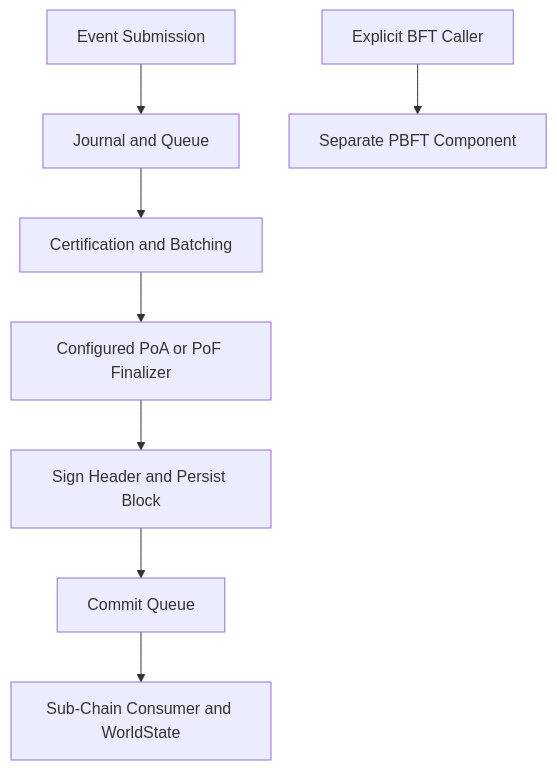
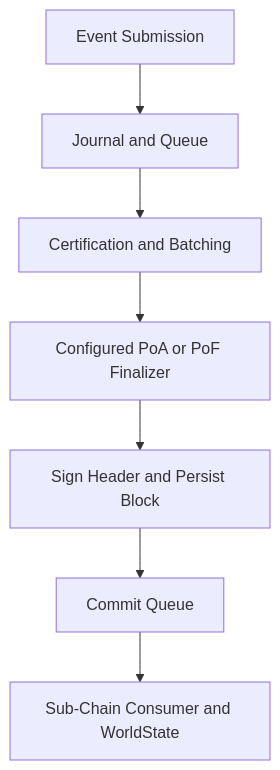
One commit to VanDung-dev/HieraChain changed the diagram in docs/en/modules/consensus.md. Above: the diagram before and after it, drawn with Mermaid. The commit also changed other lines of this file and 105 other files, not shown here.

````diff
--- a/docs/en/modules/consensus.md
+++ b/docs/en/modules/consensus.md
@@ -26,10 +25,9 @@
 ```mermaid
 graph TD
     A[Event Submission] --> B[Journal and Queue]
     B --> C[Certification and Batching]
     C --> D[Configured PoA or PoF Finalizer]
     D --> E[Sign Header and Persist Block]
     E --> F[Commit Queue]
     F --> G[Sub-Chain Consumer and WorldState]
-    H[Explicit BFT Caller] --> I[Separate PBFT Component]
 ```
````
